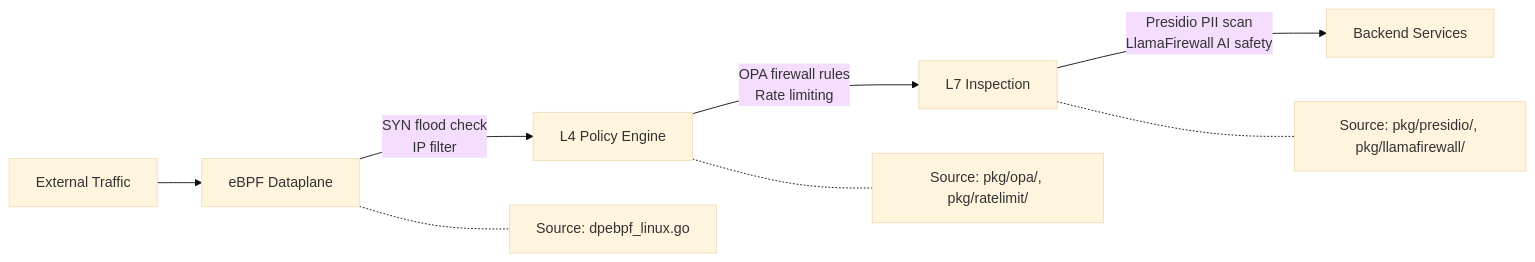
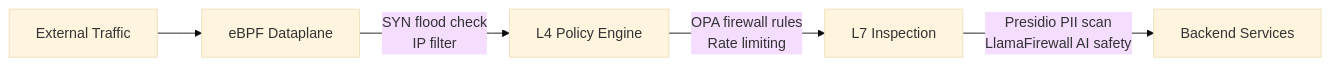
The diagram in docs/security-gateway/overview.md (NLX-SeokHwanKong/loxilbdocs), drawn with Mermaid (base theme) before and after one commit. The commit also changed other lines of this file and 1 other file, not shown here.

````diff
--- a/docs/security-gateway/overview.md
+++ b/docs/security-gateway/overview.md
@@ -23,11 +23,7 @@
 ```mermaid
 flowchart LR
     A[External Traffic] --> B[eBPF Dataplane]
     B -->|SYN flood check\nIP filter| C[L4 Policy Engine]
     C -->|OPA firewall rules\nRate limiting| D[L7 Inspection]
     D -->|Presidio PII scan\nLlamaFirewall AI safety| E[Backend Services]
-
-    B -.- B1["Source: dpebpf_linux.go"]
-    C -.- C1["Source: pkg/opa/, pkg/ratelimit/"]
-    D -.- D1["Source: pkg/presidio/, pkg/llamafirewall/"]
 ```
````
